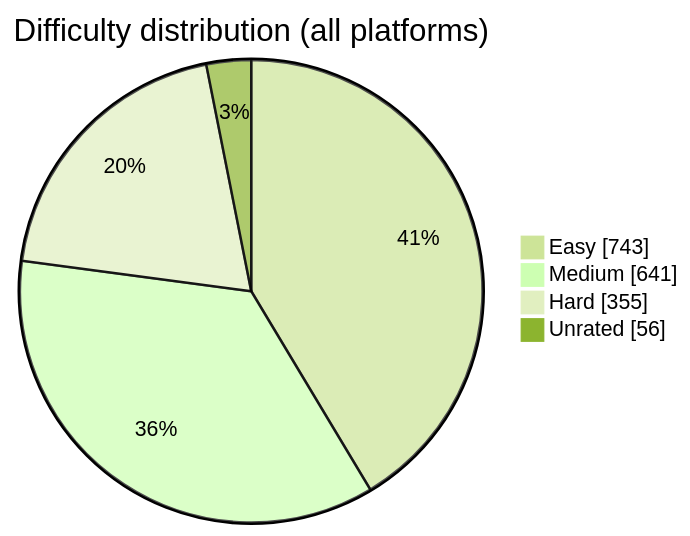
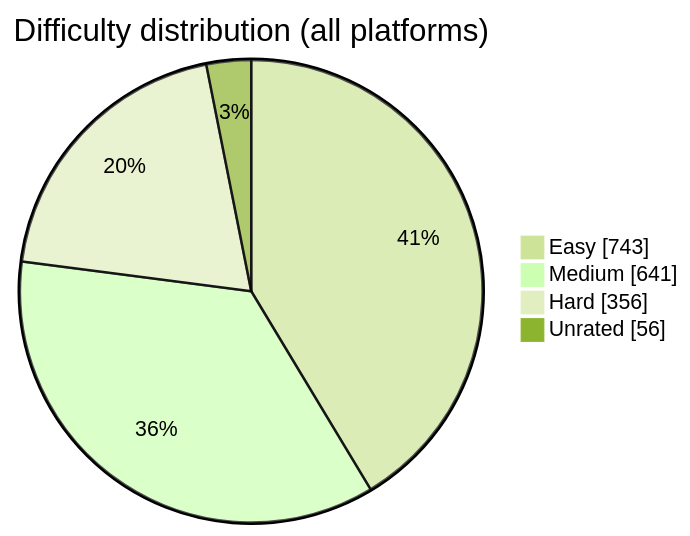
The diagram in README.md (BuildbyArindam/Daily-Coding-Log), drawn with Mermaid (forest theme) before and after one commit. The commit also changed other lines of this file, not shown here.

````diff
--- a/README.md
+++ b/README.md
@@ -108,7 +108,7 @@
 ```mermaid
 pie showData title Difficulty distribution (all platforms)
     "Easy" : 743
     "Medium" : 641
-    "Hard" : 355
+    "Hard" : 356
     "Unrated" : 56
 ```
````
